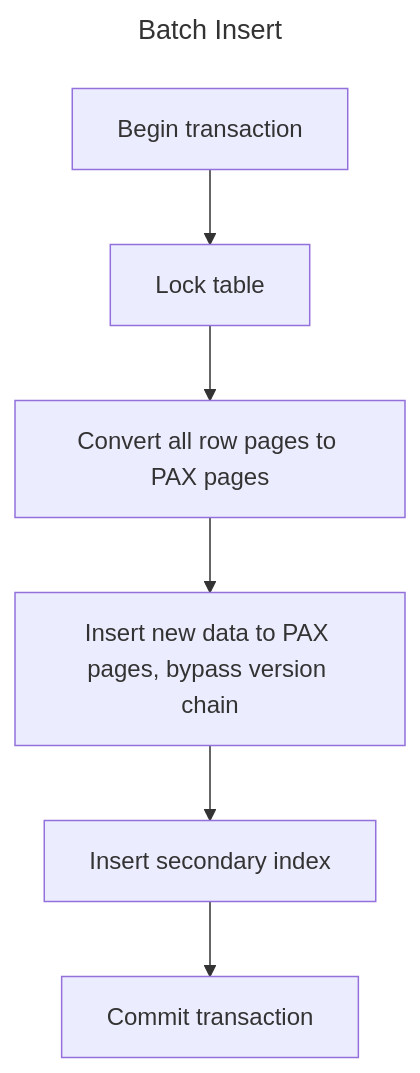
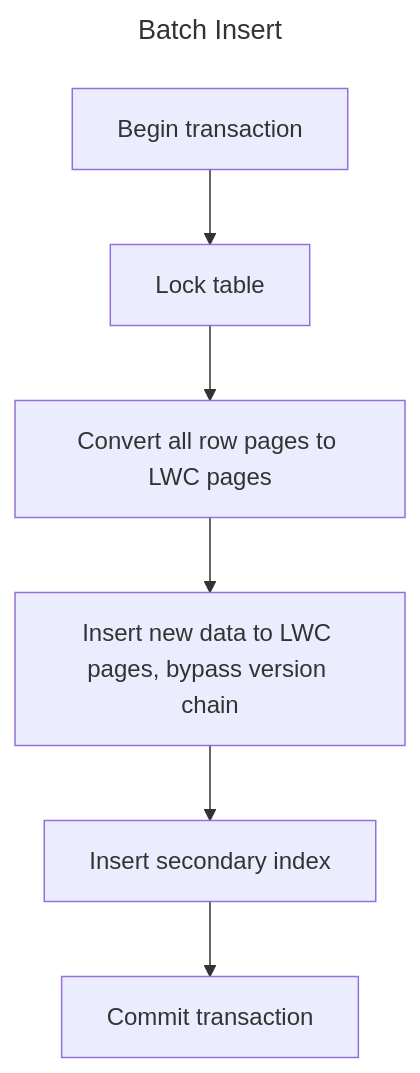
The sixth of 6 diagrams in doradb-storage/docs/architecture.md (jiangzhe/doradb), drawn with Mermaid before and after one commit. The commit also changed other lines of this file and 5 other files, not shown here.

````diff
--- a/doradb-storage/docs/architecture.md
+++ b/doradb-storage/docs/architecture.md
@@ -146,12 +147,12 @@
 ```mermaid
 ---
 title: Batch Insert
 ---
 flowchart TD
     A[Begin transaction]
     A --> B[Lock table]
-    B --> C[Convert all row pages to PAX pages]
-    C --> D[Insert new data to PAX pages, bypass version chain]
+    B --> C[Convert all row pages to LWC pages]
+    C --> D[Insert new data to LWC pages, bypass version chain]
     D --> E[Insert secondary index]
     E --> F[Commit transaction]
 ```
````
